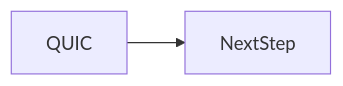
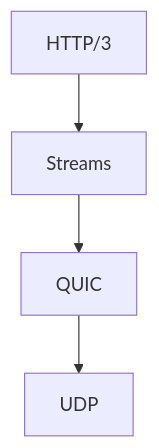
One commit to OmidJavaherii/Frontend-Engineering-Handbook changed the second of 2 diagrams in docs/en/02-internet/quic/index.md. Above: the diagram before and after it, drawn with Mermaid. The commit also changed other lines of this file and 461 other files, not shown here.

````diff
--- a/docs/en/02-internet/quic/index.md
+++ b/docs/en/02-internet/quic/index.md
@@ -96,4 +108,6 @@
 ```mermaid
-flowchart LR
-  concept[QUIC] --> nextStep[NextStep]
+flowchart TB
+  App[HTTP/3] --> Streams
+  Streams --> QUIC
+  QUIC --> UDP
 ```
````
